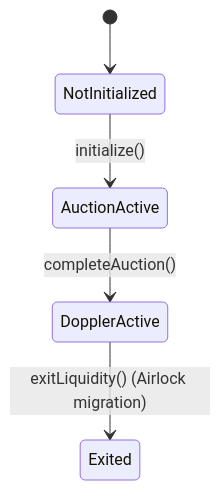
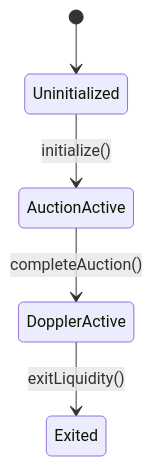
One commit to whetstoneresearch/doppler changed the second of 2 diagrams in docs/OpeningAuctions.md. Above: the diagram before and after it, drawn with Mermaid. The commit also changed other lines of this file, not shown here.

First line of the commit message:
Update opening auction docs with audit-focused technical spec

````diff
--- a/docs/OpeningAuctions.md
+++ b/docs/OpeningAuctions.md
@@ -162,7 +227,7 @@
 ```mermaid
 stateDiagram-v2
-  [*] --> NotInitialized
-  NotInitialized --> AuctionActive: initialize()
+  [*] --> Uninitialized
+  Uninitialized --> AuctionActive: initialize()
   AuctionActive --> DopplerActive: completeAuction()
-  DopplerActive --> Exited: exitLiquidity() (Airlock migration)
+  DopplerActive --> Exited: exitLiquidity()
 ```
````
